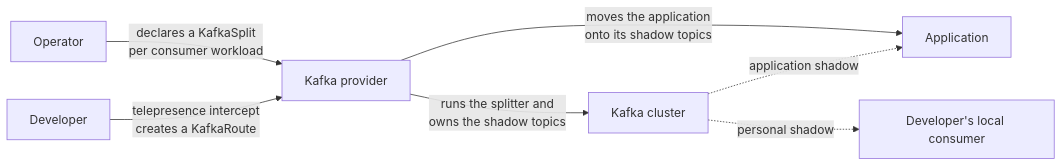
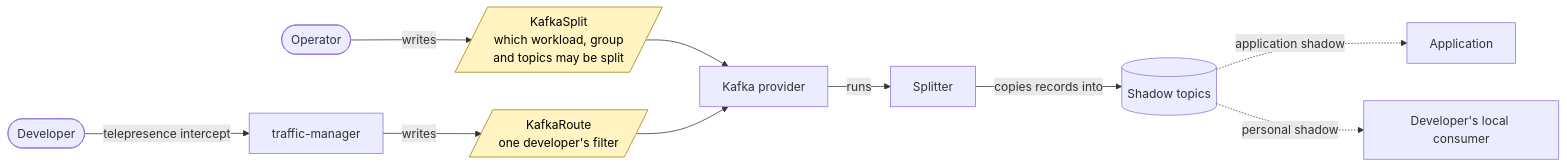
Before and after one commit to telepresenceio/telepresence: the first of 5 diagrams in docs/concepts/kafka-intercepts.md, drawn with Mermaid. The commit also changed other lines of this file, not shown here.

Commit message:
Say what KafkaSplit and KafkaRoute are in the concept page

````diff
--- a/docs/concepts/kafka-intercepts.md
+++ b/docs/concepts/kafka-intercepts.md
@@ -18,9 +18,14 @@
 ```mermaid
 flowchart LR
-  op["Operator"] -- "declares a KafkaSplit<br/>per consumer workload" --> prov
-  dev["Developer"] -- "telepresence intercept<br/>creates a KafkaRoute" --> prov
-  prov["Kafka provider"] -- "runs the splitter and<br/>owns the shadow topics" --> kafka["Kafka cluster"]
-  prov -- "moves the application<br/>onto its shadow topics" --> app["Application"]
-  kafka -. "application shadow" .-> app
-  kafka -. "personal shadow" .-> local["Developer's local consumer"]
+  op([Operator]) -- "writes" --> split[/"KafkaSplit<br/>which workload, group<br/>and topics may be split"/]
+  dev([Developer]) -- "telepresence intercept" --> tm["traffic-manager"]
+  tm -- "writes" --> route[/"KafkaRoute<br/>one developer's filter"/]
+  split --> prov["Kafka provider"]
+  route --> prov
+  prov -- "runs" --> splitter["Splitter"]
+  splitter -- "copies records into" --> shadows[("Shadow topics")]
+  shadows -. "application shadow" .-> app["Application"]
+  shadows -. "personal shadow" .-> local["Developer's local consumer"]
+  classDef resource fill:#fff4c2,stroke:#a08000,color:#000
+  class split,route resource
 ```
````
